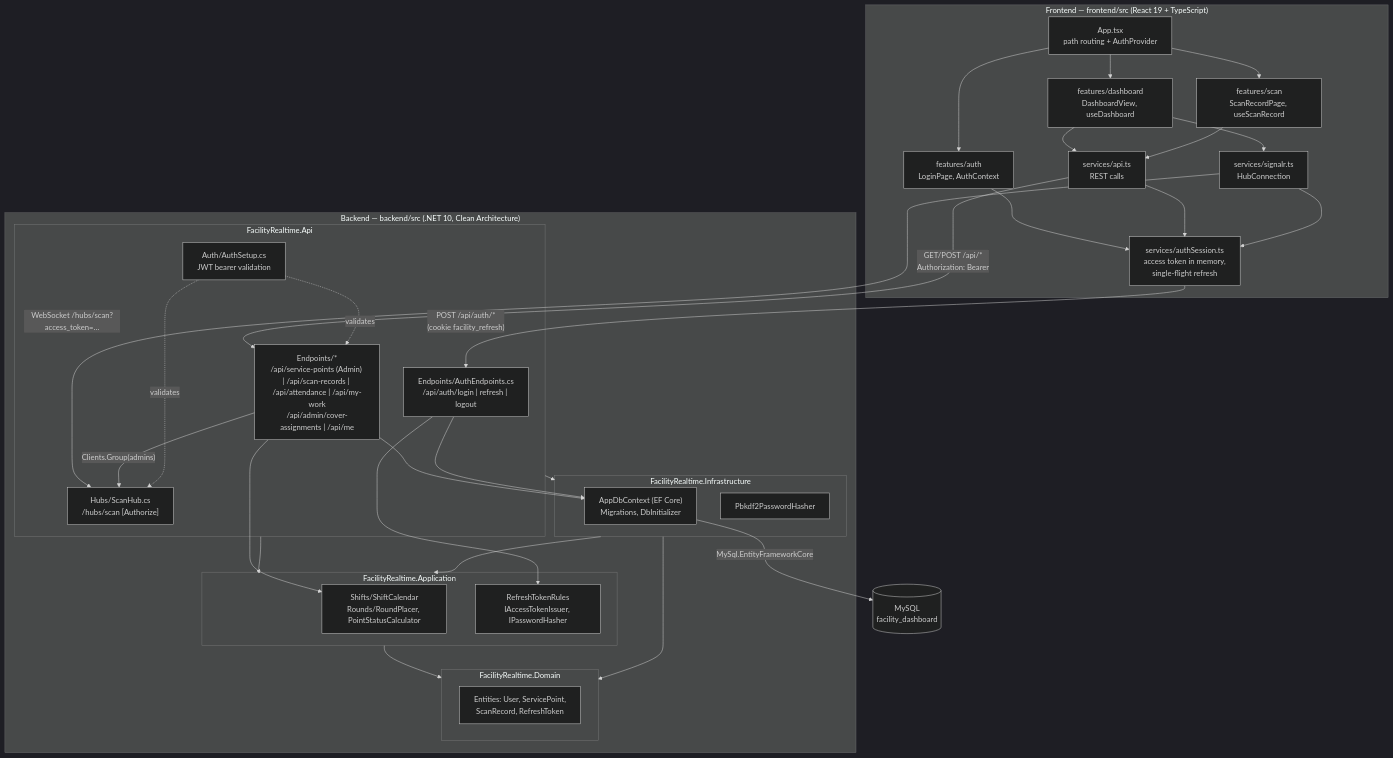
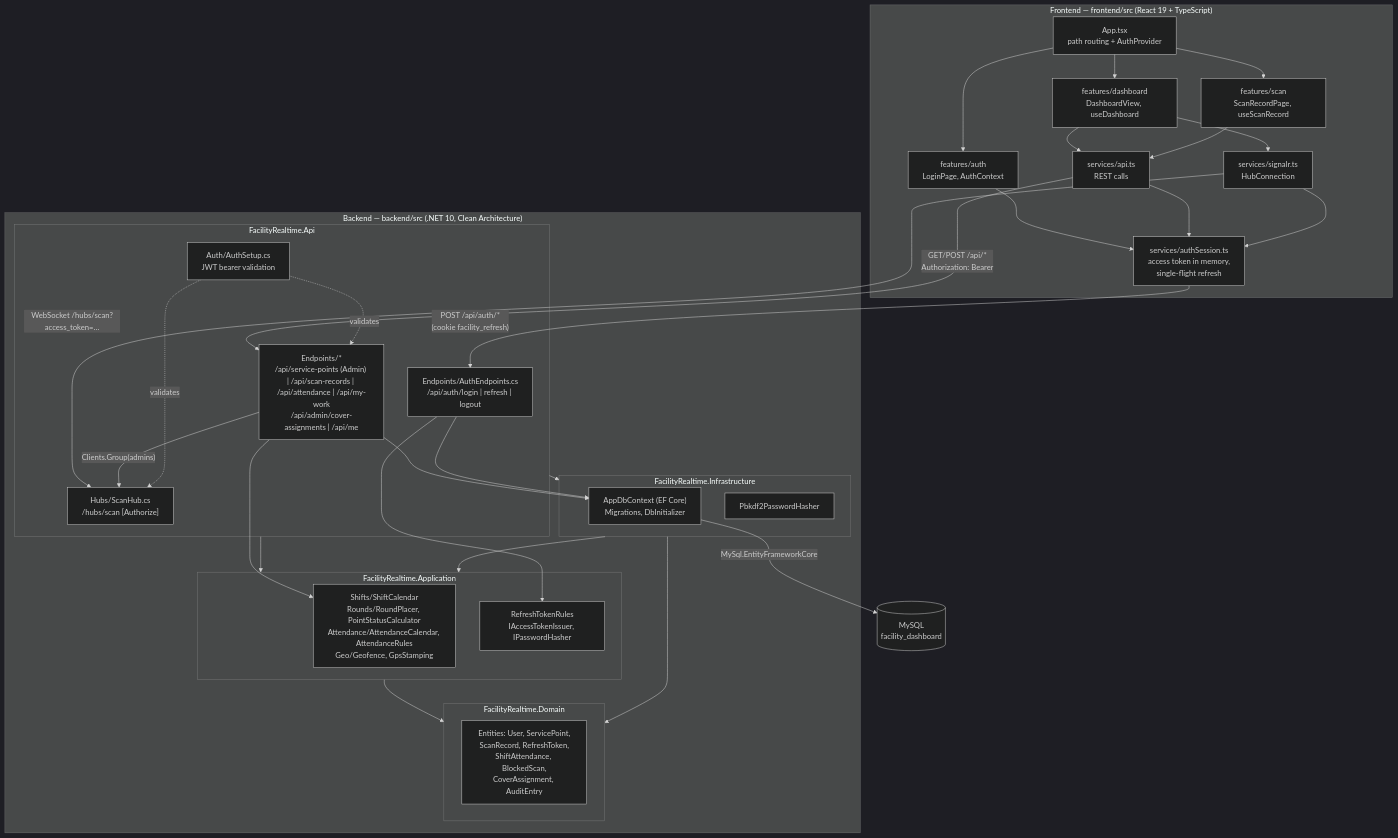
The third of 6 diagrams in docs/architecture.md (ThodsaphonSonthiphin/Facility-Real-time-dashboard), drawn with Mermaid (dark theme) before and after one commit. The commit also changed other lines of this file and 5 other files, not shown here.

Commit message:
fix(backend): final review — architecture docs for attendance and scan rules, cover-cancel audit lists duplicates, message and test hygiene

````diff
--- a/docs/architecture.md
+++ b/docs/architecture.md
@@ -107,60 +107,60 @@
 ```mermaid
 flowchart TB
     subgraph FE["Frontend — frontend/src (React 19 + TypeScript)"]
         App["App.tsx<br/>path routing + AuthProvider"]
         Dash["features/dashboard<br/>DashboardView, useDashboard"]
         Scan["features/scan<br/>ScanRecordPage, useScanRecord"]
         Login["features/auth<br/>LoginPage, AuthContext"]
         ApiSvc["services/api.ts<br/>REST calls"]
         AuthSess["services/authSession.ts<br/>access token in memory,<br/>single-flight refresh"]
         SR["services/signalr.ts<br/>HubConnection"]
     end
 
     subgraph BE["Backend — backend/src (.NET 10, Clean Architecture)"]
         subgraph ApiP["FacilityRealtime.Api"]
             Ep["Endpoints/*<br/>/api/service-points (Admin) | /api/scan-records | /api/attendance | /api/my-work<br/>/api/admin/cover-assignments | /api/me"]
             AuthEp["Endpoints/AuthEndpoints.cs<br/>/api/auth/login | refresh | logout"]
             Hub["Hubs/ScanHub.cs<br/>/hubs/scan  [Authorize]"]
             Jwt["Auth/AuthSetup.cs<br/>JWT bearer validation"]
         end
         subgraph AppP["FacilityRealtime.Application"]
-            Status["Shifts/ShiftCalendar<br/>Rounds/RoundPlacer, PointStatusCalculator"]
+            Status["Shifts/ShiftCalendar<br/>Rounds/RoundPlacer, PointStatusCalculator<br/>Attendance/AttendanceCalendar, AttendanceRules<br/>Geo/Geofence, GpsStamping"]
             Rules["RefreshTokenRules<br/>IAccessTokenIssuer, IPasswordHasher"]
         end
         subgraph InfP["FacilityRealtime.Infrastructure"]
             Ctx["AppDbContext (EF Core)<br/>Migrations, DbInitializer"]
             Hash["Pbkdf2PasswordHasher"]
         end
         subgraph DomP["FacilityRealtime.Domain"]
-            Ent["Entities: User, ServicePoint,<br/>ScanRecord, RefreshToken"]
+            Ent["Entities: User, ServicePoint,<br/>ScanRecord, RefreshToken,<br/>ShiftAttendance, BlockedScan,<br/>CoverAssignment, AuditEntry"]
         end
     end
 
     DB[("MySQL<br/>facility_dashboard")]
 
     App --> Dash & Scan & Login
     Dash --> ApiSvc
     Dash --> SR
     Scan --> ApiSvc
     Login --> AuthSess
     ApiSvc --> AuthSess
     SR --> AuthSess
 
     AuthSess -->|"POST /api/auth/*<br/>(cookie facility_refresh)"| AuthEp
     ApiSvc -->|"GET/POST /api/*<br/>Authorization: Bearer"| Ep
     SR -->|"WebSocket /hubs/scan?access_token=…"| Hub
 
     Ep --> Status
     Ep --> Ctx
     Ep -->|"Clients.Group(admins)"| Hub
     AuthEp --> Rules
     AuthEp --> Ctx
     Jwt -.->|validates| Ep & Hub
 
     ApiP --> AppP
     ApiP --> InfP
     InfP --> AppP
     AppP --> DomP
     InfP --> DomP
     Ctx -->|"MySql.EntityFrameworkCore"| DB
 ```
````
